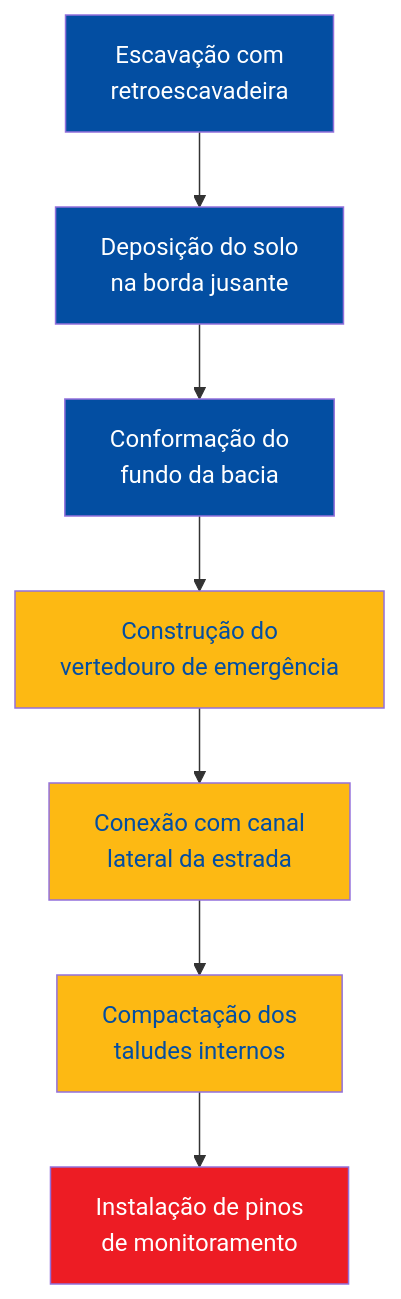
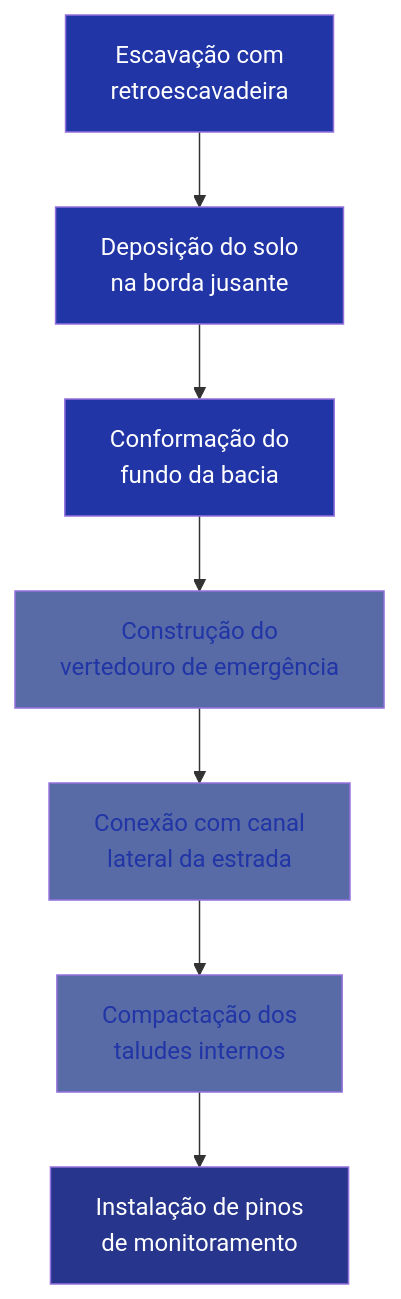
Before and after one commit to ldvsantos/cv: the third of 4 diagrams in aulas/bioengenharia_de_solos/aulas/bacias_captacao/bacias_captacao.qmd, drawn with Mermaid. The commit also changed other lines of this file and 466 other files, not shown here.

````diff
--- a/aulas/bioengenharia_de_solos/aulas/bacias_captacao/bacias_captacao.qmd
+++ b/aulas/bioengenharia_de_solos/aulas/bacias_captacao/bacias_captacao.qmd
@@ -740,18 +738,18 @@
 ```{mermaid}
 %%| fig-width: 5.5
 flowchart TD
     A[Escavação com<br>retroescavadeira] --> B[Deposição do solo<br>na borda jusante]
     B --> C[Conformação do<br>fundo da bacia]
     C --> D[Construção do<br>vertedouro de emergência]
     D --> E[Conexão com canal<br>lateral da estrada]
     E --> F[Compactação dos<br>taludes internos]
     F --> G[Instalação de pinos<br>de monitoramento]
     
-    style A fill:#034EA2,color:#fff
-    style B fill:#034EA2,color:#fff
-    style C fill:#034EA2,color:#fff
-    style D fill:#FDB913,color:#034EA2
-    style E fill:#FDB913,color:#034EA2
-    style F fill:#FDB913,color:#034EA2
-    style G fill:#ED1C24,color:#fff
+    style A fill:#2135A6,color:#fff
+    style B fill:#2135A6,color:#fff
+    style C fill:#2135A6,color:#fff
+    style D fill:#586BA6,color:#2135A6
+    style E fill:#586BA6,color:#2135A6
+    style F fill:#586BA6,color:#2135A6
+    style G fill:#27368C,color:#fff
 ```
````
